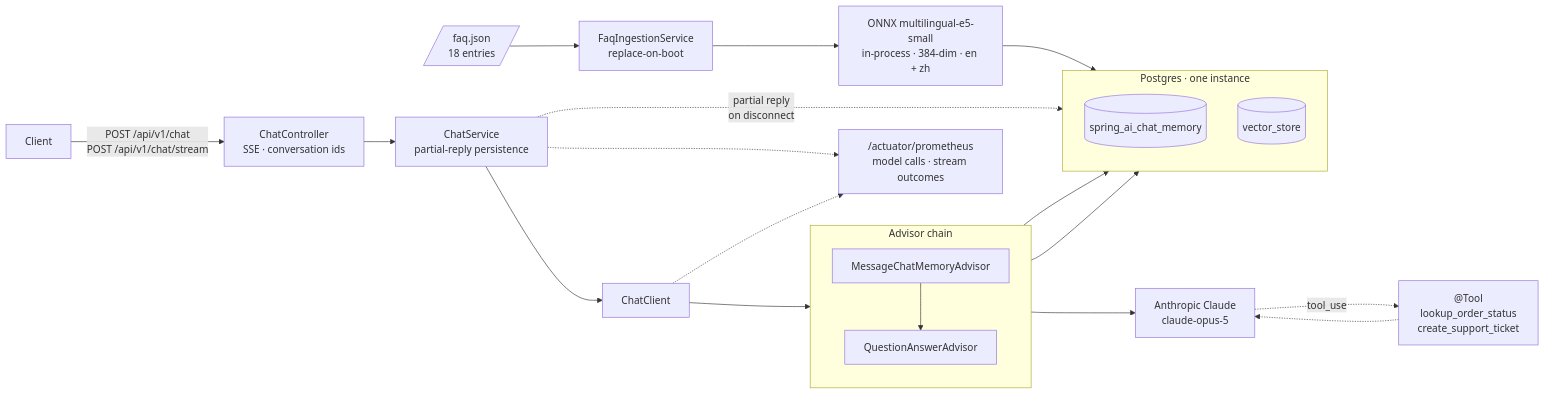
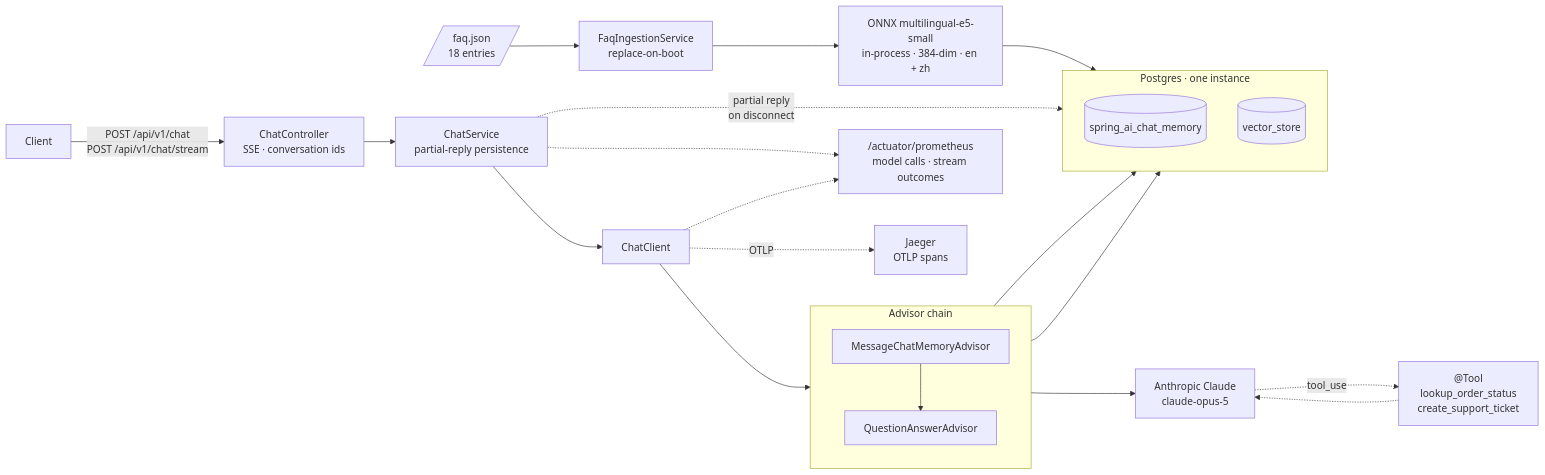
Before and after one commit to lai3d/ai-customer-service-java: the first of 2 diagrams in README.md, drawn with Mermaid. The commit also changed other lines of this file and 8 other files, not shown here.

````diff
--- a/README.md
+++ b/README.md
@@ -22,46 +22,48 @@
 ```mermaid
 flowchart LR
     Client["Client"]
     Ctl["ChatController<br/>SSE · conversation ids"]
     Svc["ChatService<br/>partial-reply persistence"]
     CC["ChatClient"]
 
     subgraph Chain["Advisor chain"]
         direction TB
         Mem["MessageChatMemoryAdvisor"]
         QA["QuestionAnswerAdvisor"]
         Mem --> QA
     end
 
     Claude["Anthropic Claude<br/>claude-opus-5"]
     Tools["@Tool<br/>lookup_order_status<br/>create_support_ticket"]
 
     subgraph PG["Postgres · one instance"]
         direction TB
         CM[("spring_ai_chat_memory")]
         VS[("vector_store")]
     end
 
     Ingest["FaqIngestionService<br/>replace-on-boot"]
     Corpus[/"faq.json<br/>18 entries"/]
     Embed["ONNX multilingual-e5-small<br/>in-process · 384-dim · en + zh"]
     Prom["/actuator/prometheus<br/>model calls · stream outcomes"]
+    Jaeger["Jaeger<br/>OTLP spans"]
 
     Client -->|"POST /api/v1/chat<br/>POST /api/v1/chat/stream"| Ctl
     Ctl --> Svc
     Svc --> CC
     CC --> Chain
     Chain --> Claude
     Claude -.->|"tool_use"| Tools
     Tools -.-> Claude
 
     Mem --> CM
     QA --> VS
     Corpus --> Ingest
     Ingest --> Embed
     Embed --> VS
     Svc -.->|"partial reply<br/>on disconnect"| CM
     Svc -.-> Prom
     CC -.-> Prom
+    CC -.->|"OTLP"| Jaeger
 
 ```
````
